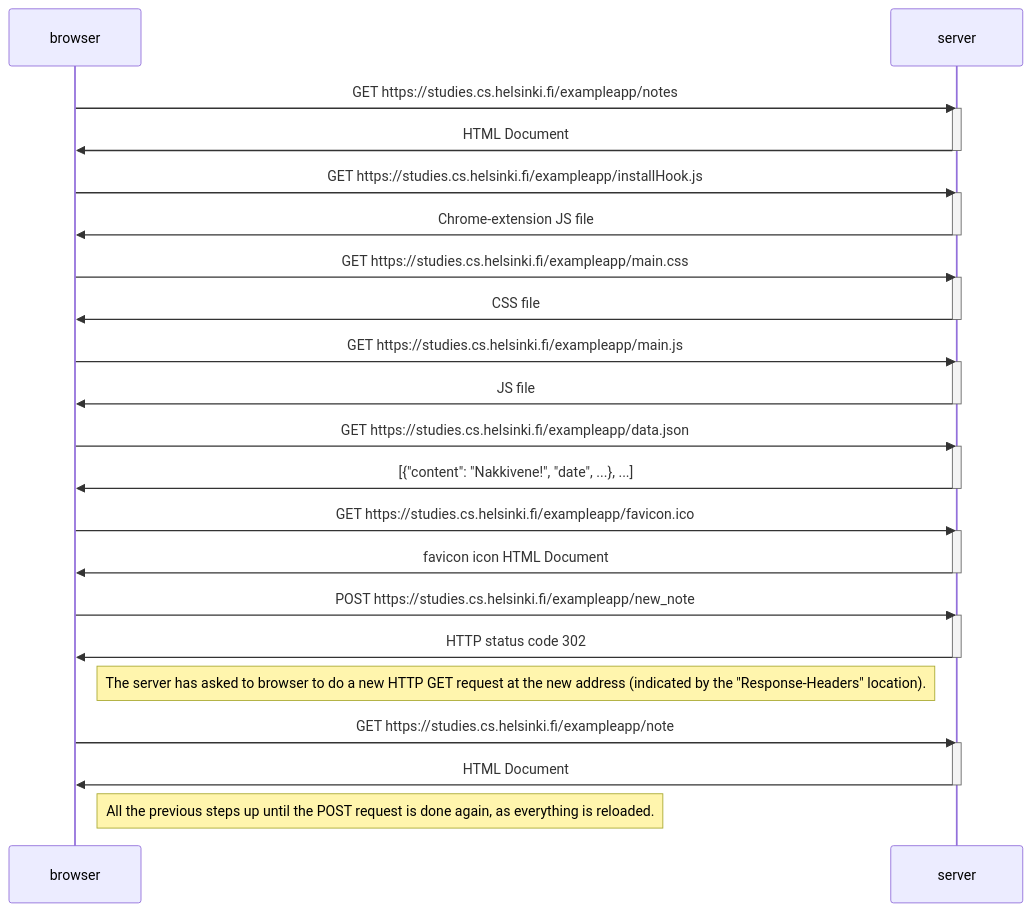
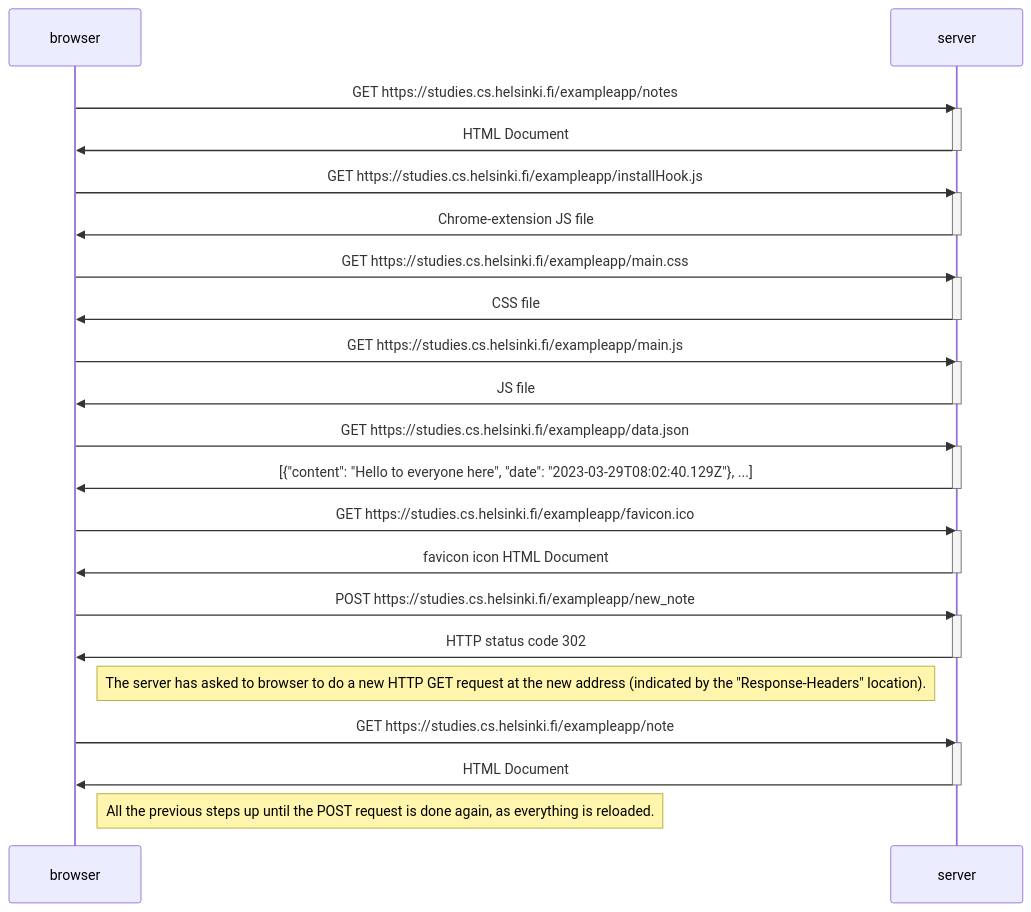
Before and after one commit to Zackoon/FullStackOpen: the diagram in Part_0_Webapp_Fundamentals/ex_0.4_note_diagram.md, drawn with Mermaid. The commit also changed 1 other file, not shown here.

Commit message:
Create ex_0.5 file and fix ex_0.4 data.json entry

````diff
--- a/Part_0_Webapp_Fundamentals/ex_0.4_note_diagram.md
+++ b/Part_0_Webapp_Fundamentals/ex_0.4_note_diagram.md
@@ -1,51 +1,51 @@
 ```mermaid
 sequenceDiagram
 	participant browser
 	participant server
 	
 	browser->>server: GET https://studies.cs.helsinki.fi/exampleapp/notes
 	activate server
 	server->>browser: HTML Document
 	deactivate server
 	
 	browser->>server: GET https://studies.cs.helsinki.fi/exampleapp/installHook.js
 	activate server
 	server->>browser: Chrome-extension JS file
 	deactivate server
 	
 	
 	browser->>server: GET https://studies.cs.helsinki.fi/exampleapp/main.css
 	activate server
 	server->>browser: CSS file
 	deactivate server
 	
 	browser->>server: GET https://studies.cs.helsinki.fi/exampleapp/main.js
 	activate server
 	server->>browser: JS file
 	deactivate server
 
 	browser->>server: GET https://studies.cs.helsinki.fi/exampleapp/data.json
 	activate server
-	server->>browser: [{"content": "Nakkivene!", "date", ...}, ...]
+	server->>browser: [{"content": "Hello to everyone here", "date": "2023-03-29T08:02:40.129Z"}, ...]
 	deactivate server
 
 	
 	browser->>server: GET https://studies.cs.helsinki.fi/exampleapp/favicon.ico
 	activate server
 	server->>browser: favicon icon HTML Document
 	deactivate server
 
 	browser->>server: POST https://studies.cs.helsinki.fi/exampleapp/new_note
 	activate server
 	server->>browser: HTTP status code 302
 	deactivate server
 
 	Note right of browser: The server has asked to browser to do a new HTTP GET request at the new address (indicated by the "Response-Headers" location).
 
 	browser->>server: GET https://studies.cs.helsinki.fi/exampleapp/note
 	activate server
 	server->>browser: HTML Document
 	deactivate server
 	
 	Note right of browser: All the previous steps up until the POST request is done again, as everything is reloaded.
 ```
````
